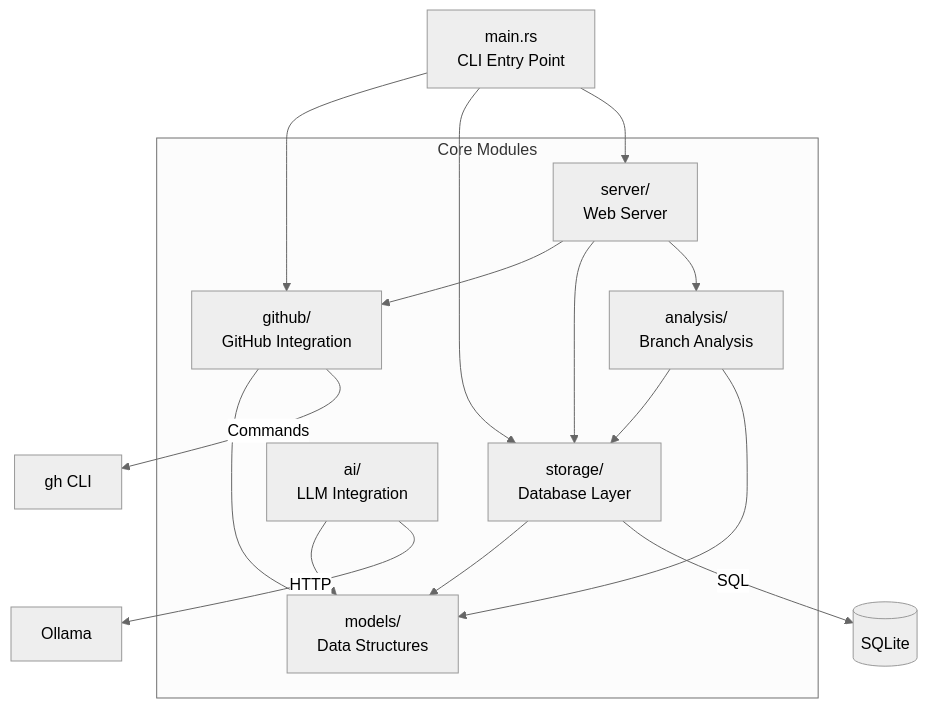
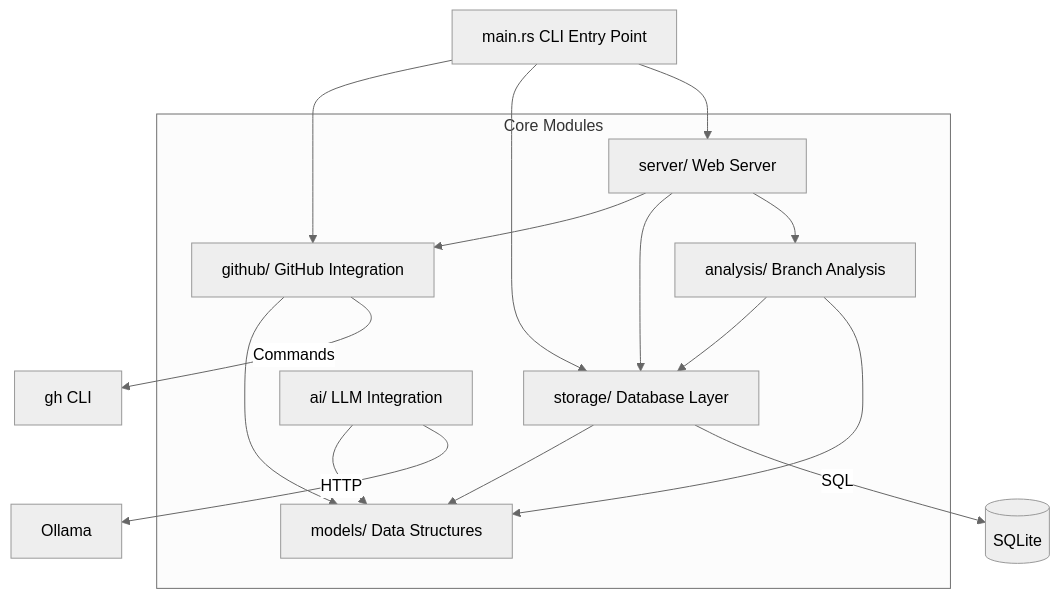
Before and after one commit to softwarewrighter/overall: the third of 11 diagrams in wiki/Architecture-Overview.md, drawn with Mermaid (neutral theme). The commit also changed other lines of this file and 4 other files, not shown here.

First line of the commit message:
Fix wiki Mermaid diagrams: remove <br/> tags

````diff
--- a/wiki/Architecture-Overview.md
+++ b/wiki/Architecture-Overview.md
@@ -132,31 +132,31 @@
 ```mermaid
 graph TB
-    Main[main.rs<br/>CLI Entry Point]
+    Main[main.rs CLI Entry Point]
 
     subgraph "Core Modules"
-        GH[github/<br/>GitHub Integration]
-        ST[storage/<br/>Database Layer]
-        AN[analysis/<br/>Branch Analysis]
-        AI[ai/<br/>LLM Integration]
-        SV[server/<br/>Web Server]
-        MD[models/<br/>Data Structures]
+        GH[github/ GitHub Integration]
+        ST[storage/ Database Layer]
+        AN[analysis/ Branch Analysis]
+        AI[ai/ LLM Integration]
+        SV[server/ Web Server]
+        MD[models/ Data Structures]
     end
 
     Main --> GH
     Main --> ST
     Main --> SV
 
     SV --> GH
     SV --> ST
     SV --> AN
 
     GH --> MD
     ST --> MD
     AN --> ST
     AN --> MD
     AI --> MD
 
     GH -->|Commands| GHCLI[gh CLI]
     ST -->|SQL| DB[(SQLite)]
     AI -->|HTTP| OL[Ollama]
 ```
````
